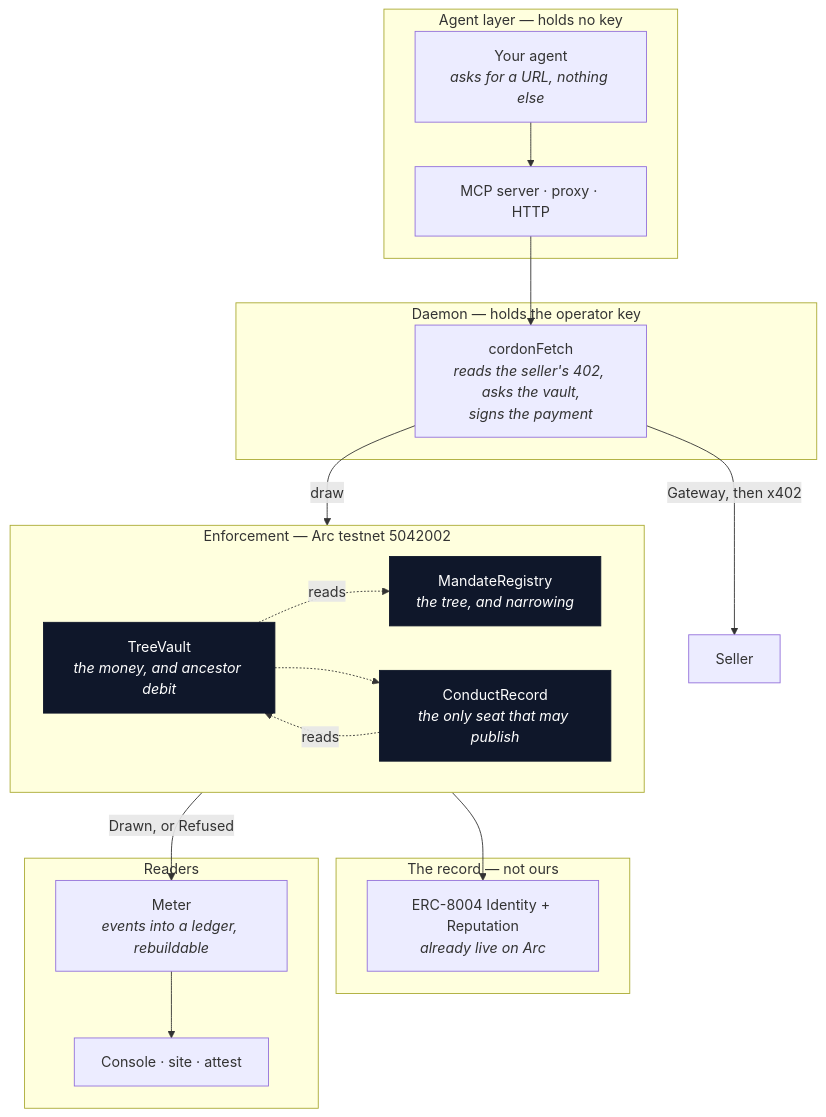
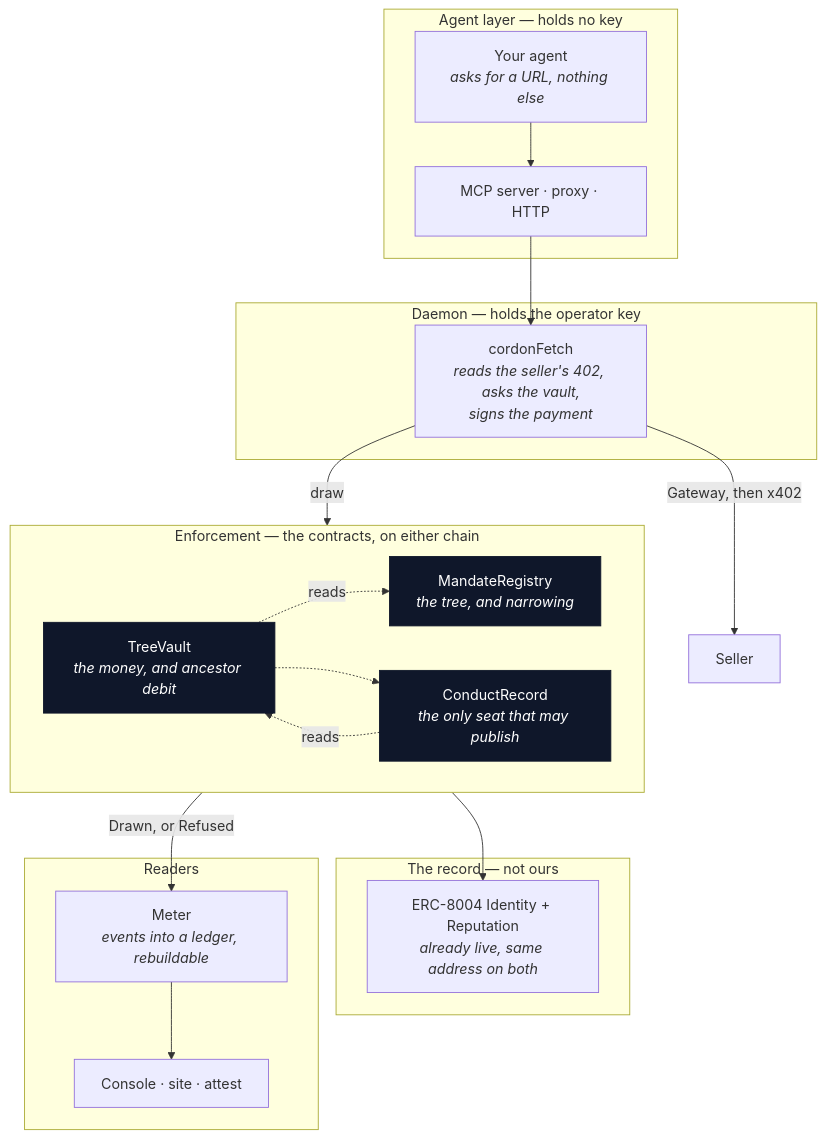
The first of 3 diagrams in README.md (youvandra/cordon), drawn with Mermaid before and after one commit. The commit also changed other lines of this file and 4 other files, not shown here.

````diff
--- a/README.md
+++ b/README.md
@@ -198,41 +200,41 @@
 ```mermaid
 flowchart TB
     subgraph agent[" Agent layer — holds no key "]
         A["Your agent<br/><i>asks for a URL, nothing else</i>"]
         S["MCP server · proxy · HTTP"]
         A --> S
     end
 
     subgraph daemon[" Daemon — holds the operator key "]
         D["cordonFetch<br/><i>reads the seller's 402, asks the vault,<br/>signs the payment</i>"]
     end
 
-    subgraph chain[" Enforcement — Arc testnet 5042002 "]
+    subgraph chain[" Enforcement — the contracts, on either chain "]
         direction LR
         MR["MandateRegistry<br/><i>the tree, and narrowing</i>"]
         TV["TreeVault<br/><i>the money, and ancestor debit</i>"]
         CR["ConductRecord<br/><i>the only seat that may publish</i>"]
         TV -.reads.-> MR
         CR -.reads.-> TV
     end
 
     subgraph record[" The record — not ours "]
-        E8["ERC-8004 Identity + Reputation<br/><i>already live on Arc</i>"]
+        E8["ERC-8004 Identity + Reputation<br/><i>already live, same address on both</i>"]
     end
 
     subgraph read[" Readers "]
         MT["Meter<br/><i>events into a ledger, rebuildable</i>"]
         CO["Console · site · attest"]
         MT --> CO
     end
 
     S --> D
     D -->|draw| TV
     TV -->|"Drawn, or Refused"| MT
     D -->|"Gateway, then x402"| SELL["Seller"]
     CR --> E8
     TV -.-> CR
 
     classDef enforce fill:#0f172a,color:#ffffff,stroke:#0f172a
     class MR,TV,CR enforce
 ```
````
